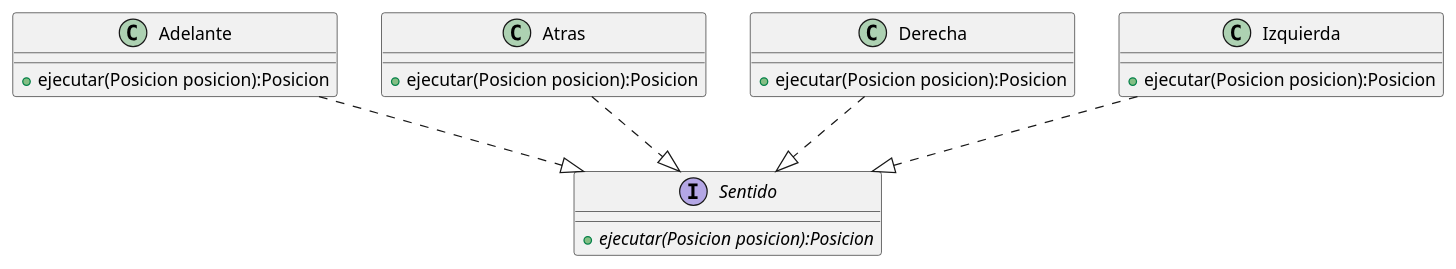
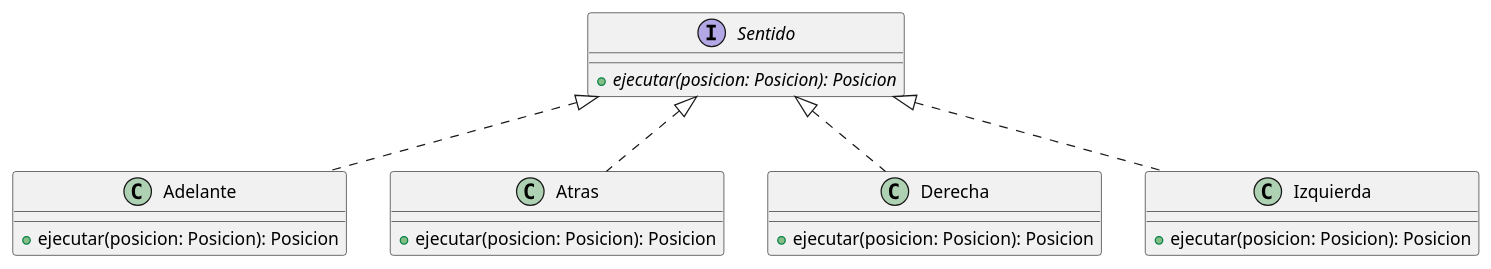
Before and after one commit to Dolo-pavon01/gpsChallenge: the diagram in diagrams/classes/entrega 2/Sentido.puml, drawn with PlantUML. The commit also changed 6 other files, not shown here.

Commit message:
chore(diagrams): se modificaron definiciones de diagramas

```diff
--- a/diagrams/classes/entrega 2/Sentido.puml
+++ b/diagrams/classes/entrega 2/Sentido.puml
@@ -1,29 +1,29 @@
 @startuml
 'https://plantuml.com/class-diagram
 
-interface Sentido{
-    + {abstract} ejecutar(Posicion posicion):Posicion
+interface Sentido {
+    + {abstract} ejecutar(posicion: Posicion): Posicion
 }
 
-class Adelante{
-    + ejecutar(Posicion posicion):Posicion
+class Adelante {
+    + ejecutar(posicion: Posicion): Posicion
 }
 
-class Atras{
-    + ejecutar(Posicion posicion):Posicion
+class Atras {
+    + ejecutar(posicion: Posicion): Posicion
 }
 
 class Derecha{
-    + ejecutar(Posicion posicion):Posicion
+    + ejecutar(posicion: Posicion): Posicion
 }
 
 class Izquierda{
-    + ejecutar(Posicion posicion):Posicion
+    + ejecutar(posicion: Posicion): Posicion
 }
 
-Adelante ..|> Sentido
-Atras ..|> Sentido
-Derecha ..|> Sentido
-Izquierda ..|> Sentido
+Sentido <|.. Adelante
+Sentido <|.. Atras
+Sentido <|.. Derecha
+Sentido <|.. Izquierda
 
 @enduml
```
